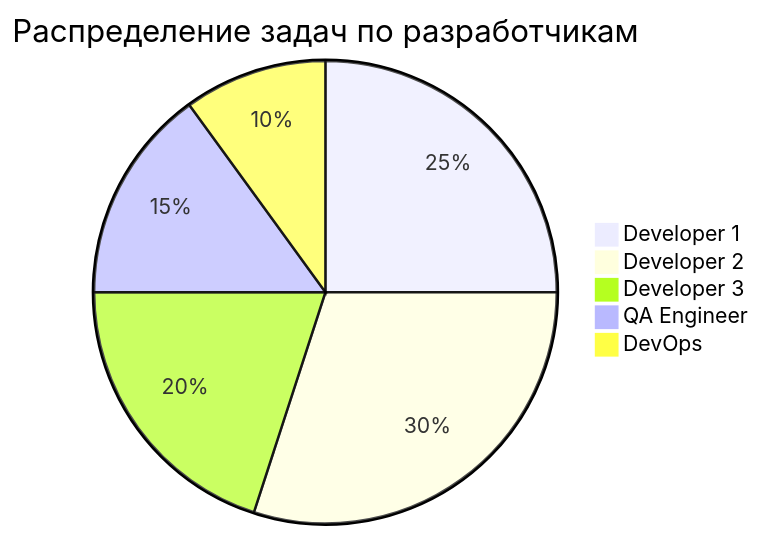
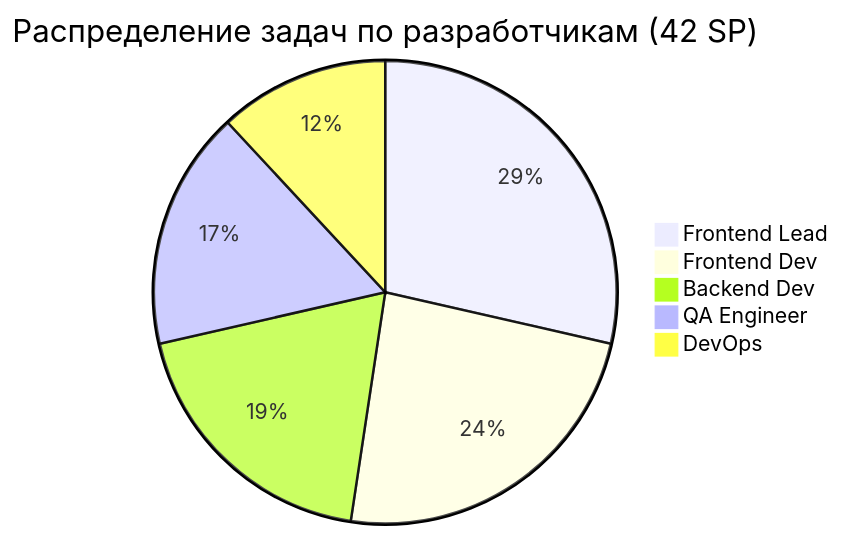
One commit to HOW2AI-AGENCY/albert3-muse-synth-studio changed the fifth of 9 diagrams in project-management/reports/team-dashboard.md. Above: the diagram before and after it, drawn with Mermaid. The commit also changed other lines of this file, not shown here.

````diff
--- a/project-management/reports/team-dashboard.md
+++ b/project-management/reports/team-dashboard.md
@@ -139,8 +124,8 @@
 ```mermaid
-pie title Распределение задач по разработчикам
-    "Developer 1" : 25
-    "Developer 2" : 30
-    "Developer 3" : 20
-    "QA Engineer" : 15
-    "DevOps" : 10
+pie title Распределение задач по разработчикам (42 SP)
+    "Frontend Lead" : 12
+    "Frontend Dev" : 10
+    "Backend Dev" : 8
+    "QA Engineer" : 7
+    "DevOps" : 5
 ```
````
